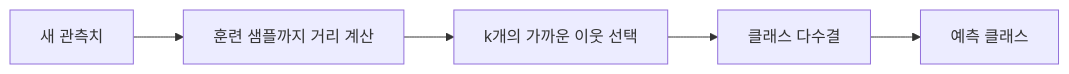
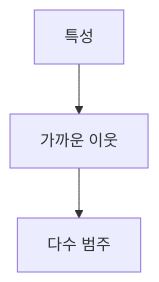
One commit to umyunsang/edu changed the diagram in ComputerScience/03_ai-ml-data/ml-projects/notes/01. K-최근접 이웃 분류.md. Above: the diagram before and after it, drawn with Mermaid. The commit also changed other lines of this file and 3 other files, not shown here.

````diff
--- a/ComputerScience/03_ai-ml-data/ml-projects/notes/01. K-최근접 이웃 분류.md
+++ b/ComputerScience/03_ai-ml-data/ml-projects/notes/01. K-최근접 이웃 분류.md
@@ -34,7 +19,5 @@
 ```mermaid
-flowchart LR
-    A[새 관측치] --> B[훈련 샘플까지 거리 계산]
-    B --> C[k개의 가까운 이웃 선택]
-    C --> D[클래스 다수결]
-    D --> E[예측 클래스]
+flowchart TB
+    A[특성] --> B[가까운 이웃]
+    B --> C[다수 범주]
 ```
````
